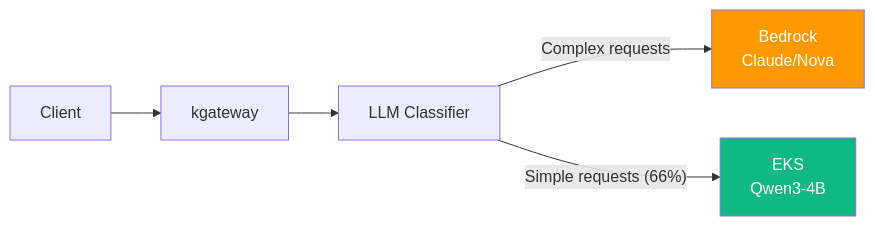
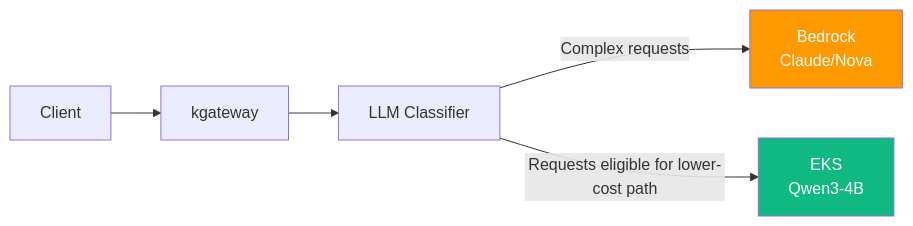
Before and after one commit to devfloor9/engineering-playbook: the fifth of 7 diagrams in i18n/en/docusaurus-plugin-content-docs/current/agentic-ai-platform/design-architecture/platform-selection/ai-platform-decision-framework.md, drawn with Mermaid. The commit also changed other lines of this file and 4 other files, not shown here.

````diff
--- a/i18n/en/docusaurus-plugin-content-docs/current/agentic-ai-platform/design-architecture/platform-selection/ai-platform-decision-framework.md
+++ b/i18n/en/docusaurus-plugin-content-docs/current/agentic-ai-platform/design-architecture/platform-selection/ai-platform-decision-framework.md
@@ -247,10 +249,10 @@
 ```mermaid
 flowchart LR
     Client --> GW["kgateway"]
     GW --> Classifier["LLM Classifier"]
     Classifier -->|"Complex requests"| Bedrock["Bedrock<br/>Claude/Nova"]
-    Classifier -->|"Simple requests (66%)"| SLM["EKS<br/>Qwen3-4B"]
+    Classifier -->|"Requests eligible for lower-cost path"| SLM["EKS<br/>Qwen3-4B"]
     
     style Bedrock fill:#ff9900,color:#fff
     style SLM fill:#10b981,color:#fff
 ```
````
